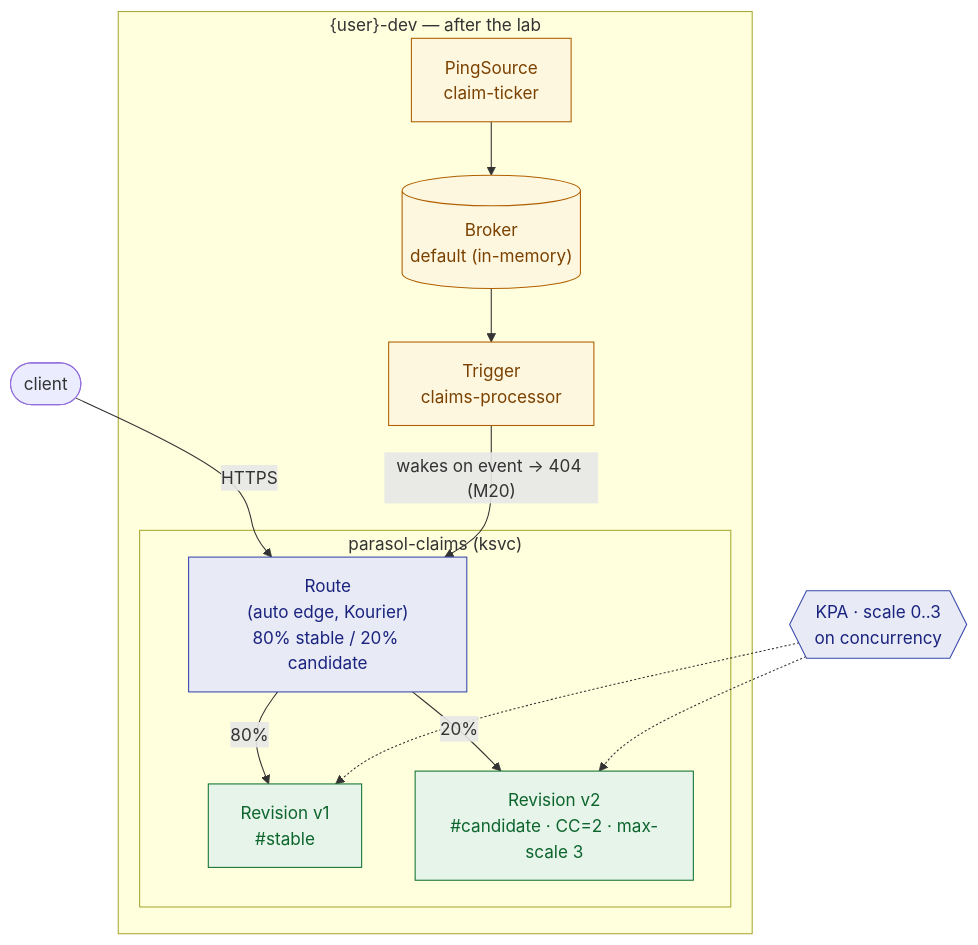
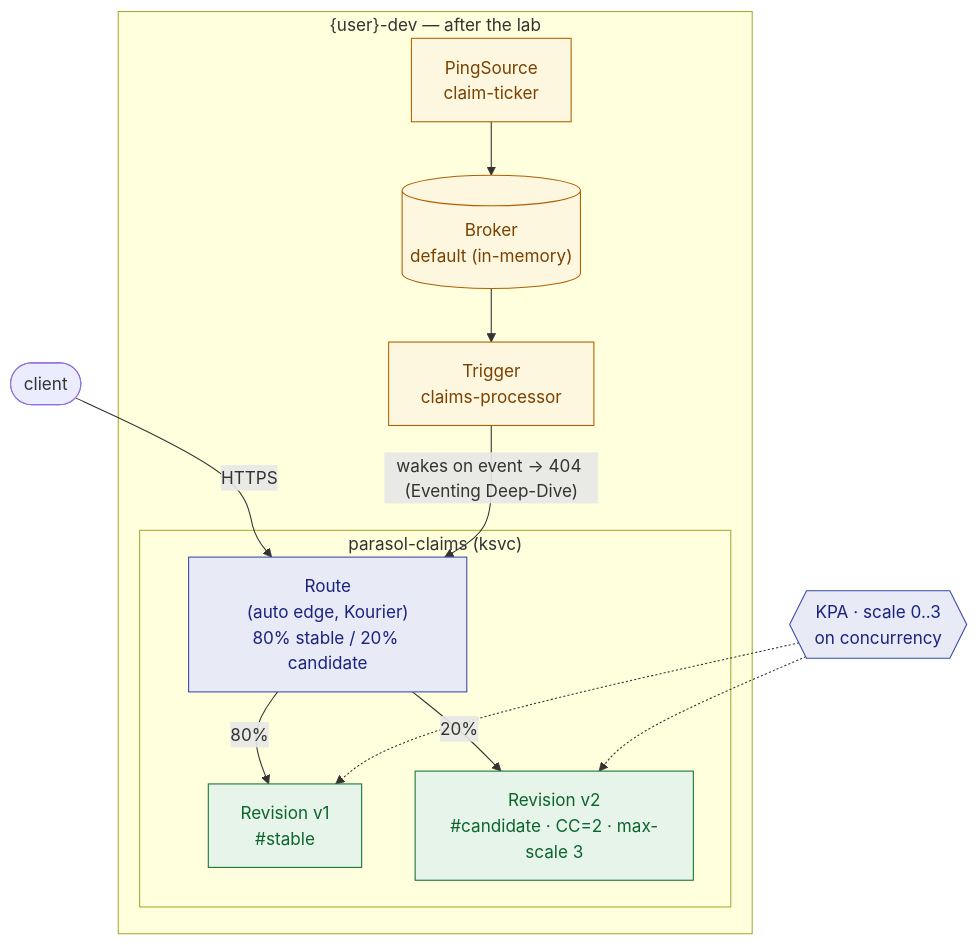
Before and after one commit to serhat-dirik/OCP-Getting-Started-Revamped: the diagram in content/modules/ROOT/pages/serverless-zero-to-hero/wrapup.adoc, drawn with Mermaid. The commit also changed 7 other files, not shown here.

```diff
--- a/content/modules/ROOT/pages/serverless-zero-to-hero/wrapup.adoc
+++ b/content/modules/ROOT/pages/serverless-zero-to-hero/wrapup.adoc
@@ -14,23 +14,23 @@
 [mermaid]
 ....
 graph TB
   subgraph ns["{user}-dev — after the lab"]
     subgraph ksvc["parasol-claims (ksvc)"]
       route["Route<br/>(auto edge, Kourier)<br/>80% stable / 20% candidate"]
       v1["Revision v1<br/>#stable"]
       v2["Revision v2<br/>#candidate · CC=2 · max-scale 3"]
     end
     ping["PingSource<br/>claim-ticker"] --> broker[("Broker<br/>default (in-memory)")]
     broker --> trig["Trigger<br/>claims-processor"]
   end
   client(["client"]) -->|"HTTPS"| route
   route -->|"80%"| v1
   route -->|"20%"| v2
   kpa{{"KPA · scale 0..3<br/>on concurrency"}} -.-> v1
   kpa -.-> v2
-  trig -->|"wakes on event -> 404 (M20)"| route
+  trig -->|"wakes on event -> 404 (Eventing Deep-Dive)"| route
   classDef svc fill:#e6f4ea,stroke:#137333,color:#0d652d;
   classDef ctl fill:#e8eaf6,stroke:#3949ab,color:#1a237e;
   classDef evt fill:#fef7e0,stroke:#b06000,color:#7a4100;
   class v1,v2 svc; class route,kpa ctl; class ping,broker,trig evt;
 ....
```
